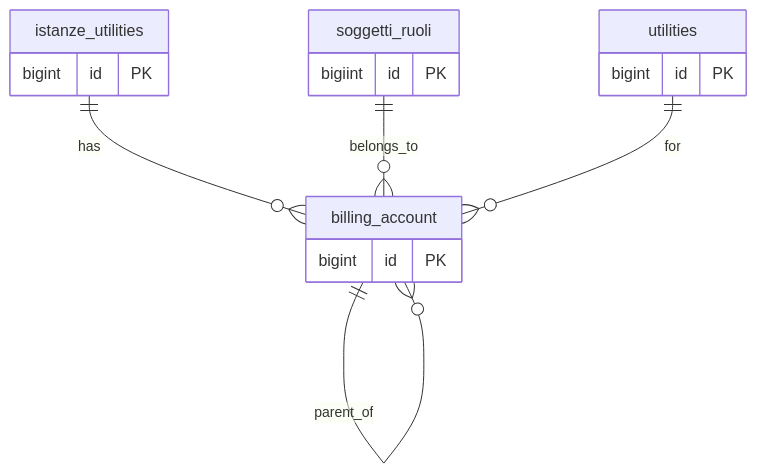
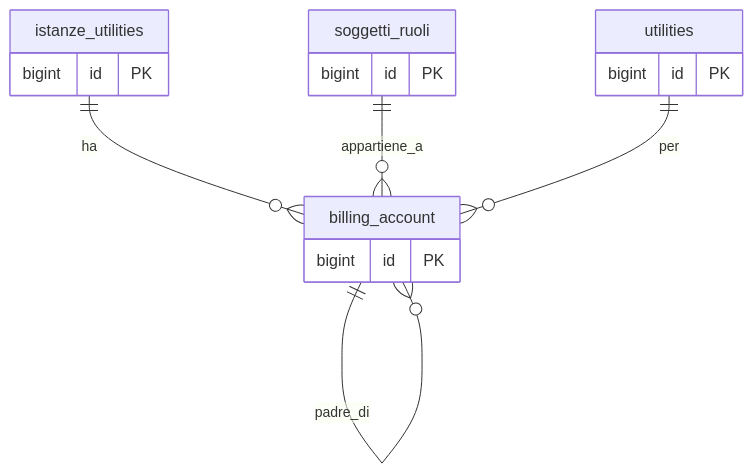
Before and after one commit to Tito-it/ZeroErp: the diagram in docs/it/dbzero/anagrafiche/manual/billing_account.md, drawn with Mermaid. The commit also changed other lines of this file and 26 other files, not shown here.

````diff
--- a/docs/it/dbzero/anagrafiche/manual/billing_account.md
+++ b/docs/it/dbzero/anagrafiche/manual/billing_account.md
@@ -138,13 +132,13 @@
 ```mermaid
 %%{init: {'er': {'layoutDirection': 'TB'}}}%%
 erDiagram
-    istanze_utilities ||--o{ billing_account : has
-    soggetti_ruoli    ||--o{ billing_account : belongs_to
-    utilities         ||--o{ billing_account : for
-    billing_account   ||--o{ billing_account : parent_of
+    istanze_utilities ||--o{ billing_account : ha
+    soggetti_ruoli    ||--o{ billing_account : appartiene_a
+    utilities         ||--o{ billing_account : per
+    billing_account   ||--o{ billing_account : padre_di
 
     istanze_utilities { bigint id PK }
-    soggetti_ruoli    { bigiint id PK }
+    soggetti_ruoli    { bigint id PK }
     utilities         { bigint id PK }
     billing_account   { bigint id PK }
 ```
````
